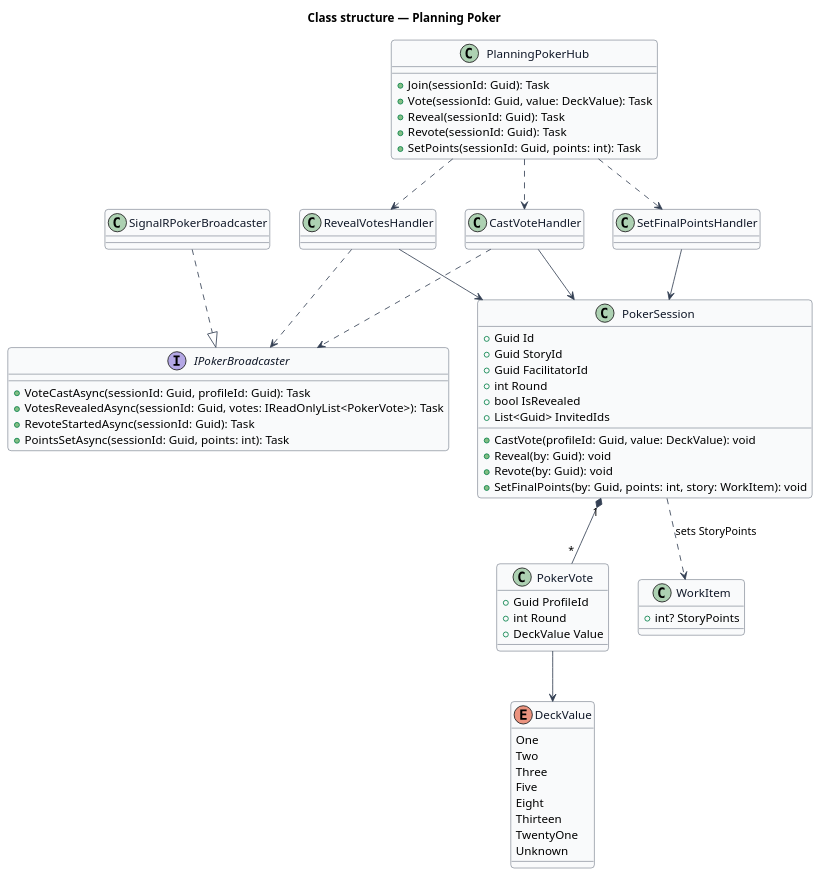
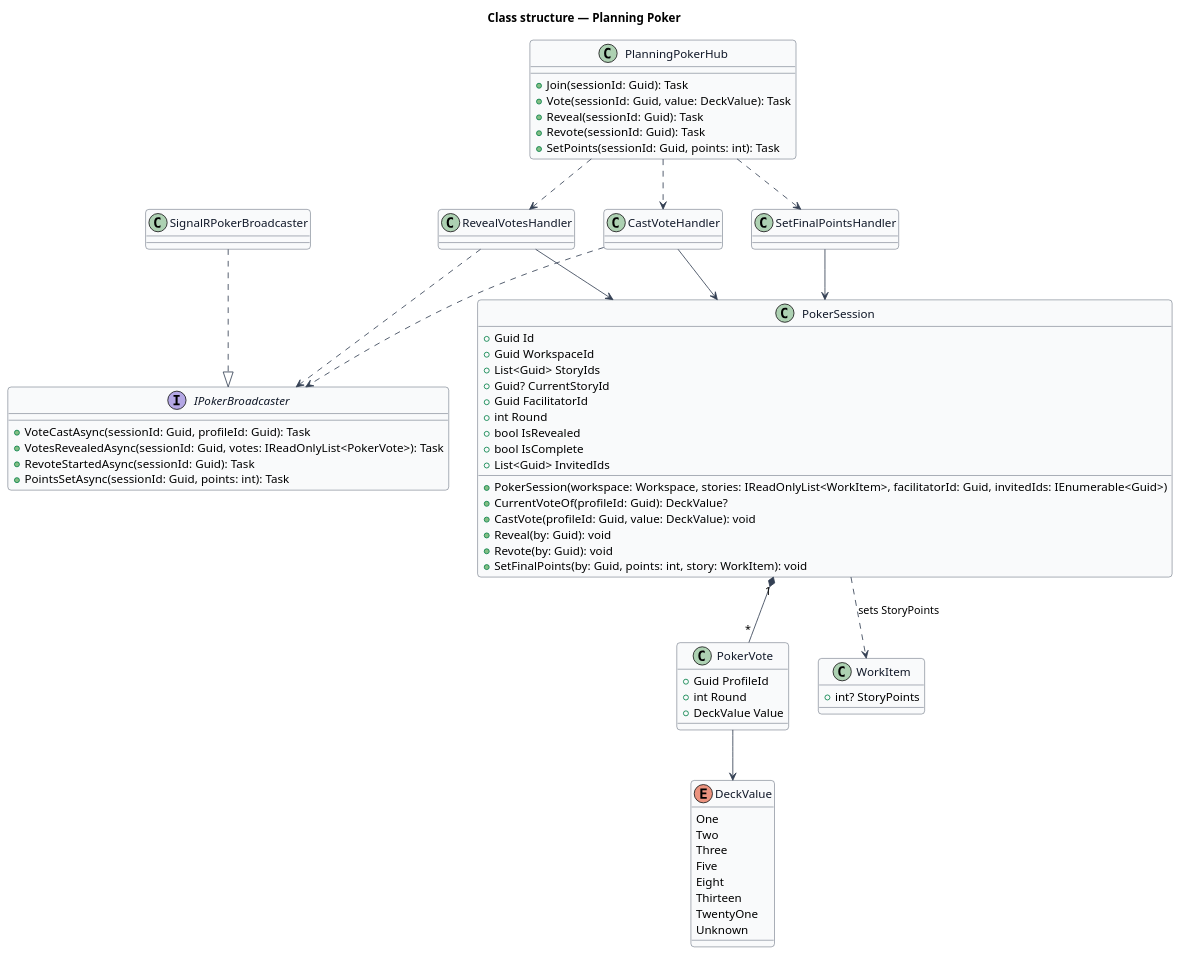
The diagram in docs/detailed-designs/agile/planning-poker/diagrams/class-structure.puml (QuinntyneBrown/faithtech-community), drawn with PlantUML before and after one commit. The commit also changed 96 other files, not shown here.

```diff
--- a/docs/detailed-designs/agile/planning-poker/diagrams/class-structure.puml
+++ b/docs/detailed-designs/agile/planning-poker/diagrams/class-structure.puml
@@ -1,73 +1,78 @@
 @startuml
 skinparam backgroundColor #FFFFFF
 skinparam shadowing false
 skinparam roundcorner 8
 skinparam defaultFontName Arial
 skinparam ArrowColor #344054
 skinparam class {
   BorderColor #344054
   FontColor #101828
   BackgroundColor #F9FAFB
 }
 title Class structure — Planning Poker
 
 enum DeckValue {
   One
   Two
   Three
   Five
   Eight
   Thirteen
   TwentyOne
   Unknown
 }
 class PokerSession {
   +Guid Id
-  +Guid StoryId
+  +Guid WorkspaceId
+  +List<Guid> StoryIds
+  +Guid? CurrentStoryId
   +Guid FacilitatorId
   +int Round
   +bool IsRevealed
+  +bool IsComplete
   +List<Guid> InvitedIds
+  +PokerSession(workspace: Workspace, stories: IReadOnlyList<WorkItem>, facilitatorId: Guid, invitedIds: IEnumerable<Guid>)
+  +CurrentVoteOf(profileId: Guid): DeckValue?
   +CastVote(profileId: Guid, value: DeckValue): void
   +Reveal(by: Guid): void
   +Revote(by: Guid): void
   +SetFinalPoints(by: Guid, points: int, story: WorkItem): void
 }
 class PokerVote {
   +Guid ProfileId
   +int Round
   +DeckValue Value
 }
 class WorkItem {
   +int? StoryPoints
 }
 class PlanningPokerHub {
   +Join(sessionId: Guid): Task
   +Vote(sessionId: Guid, value: DeckValue): Task
   +Reveal(sessionId: Guid): Task
   +Revote(sessionId: Guid): Task
   +SetPoints(sessionId: Guid, points: int): Task
 }
 interface IPokerBroadcaster {
   +VoteCastAsync(sessionId: Guid, profileId: Guid): Task
   +VotesRevealedAsync(sessionId: Guid, votes: IReadOnlyList<PokerVote>): Task
   +RevoteStartedAsync(sessionId: Guid): Task
   +PointsSetAsync(sessionId: Guid, points: int): Task
 }
 class SignalRPokerBroadcaster
 class CastVoteHandler
 class RevealVotesHandler
 class SetFinalPointsHandler
 PokerSession "1" *-- "*" PokerVote
 PokerVote --> DeckValue
 PokerSession ..> WorkItem : sets StoryPoints
 PlanningPokerHub ..> CastVoteHandler
 PlanningPokerHub ..> RevealVotesHandler
 PlanningPokerHub ..> SetFinalPointsHandler
 CastVoteHandler --> PokerSession
 RevealVotesHandler --> PokerSession
 SetFinalPointsHandler --> PokerSession
 CastVoteHandler ..> IPokerBroadcaster
 RevealVotesHandler ..> IPokerBroadcaster
 SignalRPokerBroadcaster ..|> IPokerBroadcaster
 @enduml
```
